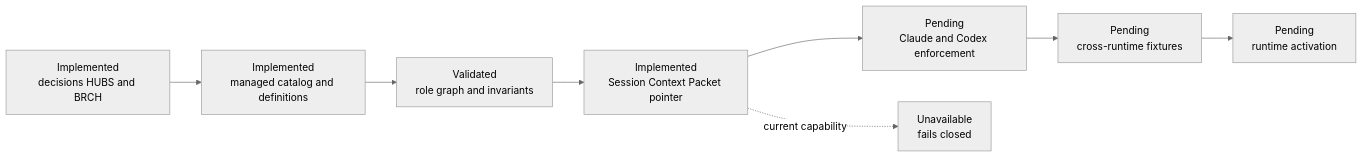
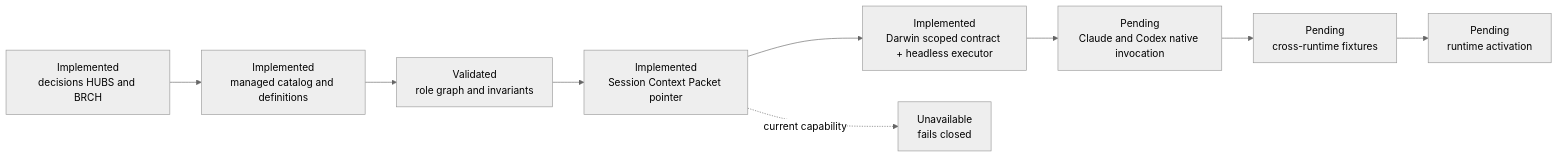
The fifth of 5 diagrams in docs/visualizations/maestro-agent-governance.md (agentic-os-brasil/bcg-brasil-agentic-os), drawn with Mermaid (neutral theme) before and after one commit. The commit also changed other lines of this file and 26 other files, not shown here.

Commit message:
feat(darwin): add scoped operational surgeon and housekeeping path

````diff
--- a/docs/visualizations/maestro-agent-governance.md
+++ b/docs/visualizations/maestro-agent-governance.md
@@ -99,10 +118,11 @@
 ```mermaid
 flowchart LR
     Decision["Implemented<br/>decisions HUBS and BRCH"] --> Catalog["Implemented<br/>managed catalog and definitions"]
     Catalog --> Validation["Validated<br/>role graph and invariants"]
     Validation --> Packet["Implemented<br/>Session Context Packet pointer"]
-    Packet --> Adapter["Pending<br/>Claude and Codex enforcement"]
+    Packet --> Darwin["Implemented<br/>Darwin scoped contract + headless executor"]
+    Darwin --> Adapter["Pending<br/>Claude and Codex native invocation"]
     Adapter --> Conformance["Pending<br/>cross-runtime fixtures"]
     Conformance --> Active["Pending<br/>runtime activation"]
     Packet -.->|current capability| Unavailable["Unavailable<br/>fails closed"]
 ```
````
